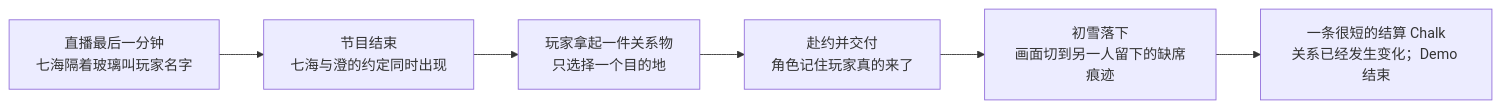
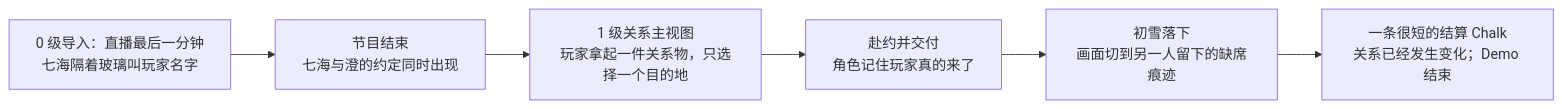
Before and after one commit to LudicDynamics/hackathon: the eighth of 9 diagrams in docs/doc-24-五世界可玩Demo体验设计.md, drawn with Mermaid. The commit also changed other lines of this file and 2 other files, not shown here.

Commit message:
docs: 补齐零级导入与主视图层级

````diff
--- a/docs/doc-24-五世界可玩Demo体验设计.md
+++ b/docs/doc-24-五世界可玩Demo体验设计.md
@@ -316,8 +321,8 @@
 ```mermaid
 flowchart LR
-    A["直播最后一分钟<br/>七海隔着玻璃叫玩家名字"] --> B["节目结束<br/>七海与澄的约定同时出现"]
-    B --> C["玩家拿起一件关系物<br/>只选择一个目的地"]
+    A["0 级导入：直播最后一分钟<br/>七海隔着玻璃叫玩家名字"] --> B["节目结束<br/>七海与澄的约定同时出现"]
+    B --> C["1 级关系主视图<br/>玩家拿起一件关系物，只选择一个目的地"]
     C --> D["赴约并交付<br/>角色记住玩家真的来了"]
     D --> E["初雪落下<br/>画面切到另一人留下的缺席痕迹"]
     E --> F["一条很短的结算 Chalk<br/>关系已经发生变化；Demo 结束"]
 ```
````
